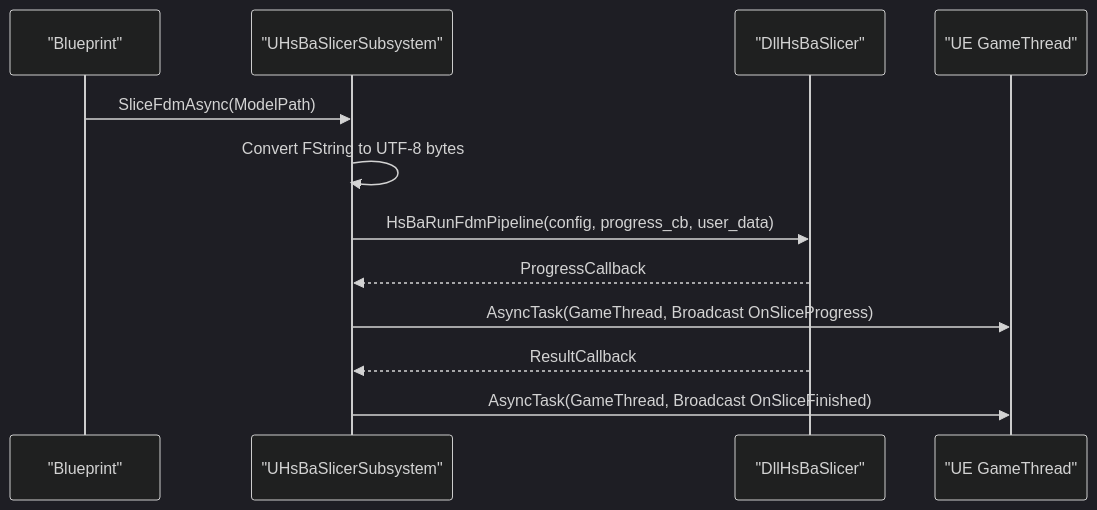
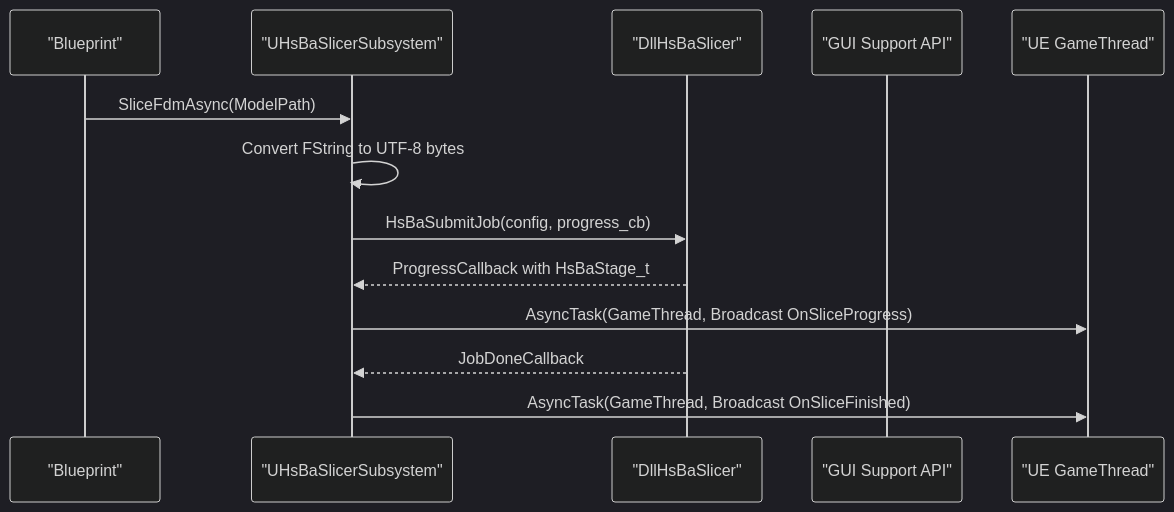
Before and after one commit to hsmbanlance/HsBaSlicer: the fourth of 10 diagrams in .qoder/repowiki/en/content/Integration Guide/Integration Guide.md, drawn with Mermaid (dark theme). The commit also changed other lines of this file and 101 other files, not shown here.

````diff
--- a/.qoder/repowiki/en/content/Integration Guide/Integration Guide.md
+++ b/.qoder/repowiki/en/content/Integration Guide/Integration Guide.md
@@ -170,14 +336,15 @@
 ```mermaid
 sequenceDiagram
 participant BP as "Blueprint"
 participant Subsystem as "UHsBaSlicerSubsystem"
 participant Native as "DllHsBaSlicer"
+participant GUIAPI as "GUI Support API"
 participant GameThread as "UE GameThread"
 BP->>Subsystem : SliceFdmAsync(ModelPath)
 Subsystem->>Subsystem : Convert FString to UTF-8 bytes
-Subsystem->>Native : HsBaRunFdmPipeline(config, progress_cb, user_data)
-Native-->>Subsystem : ProgressCallback
+Subsystem->>Native : HsBaSubmitJob(config, progress_cb)
+Native-->>Subsystem : ProgressCallback with HsBaStage_t
 Subsystem->>GameThread : AsyncTask(GameThread, Broadcast OnSliceProgress)
-Native-->>Subsystem : ResultCallback
+Native-->>Subsystem : JobDoneCallback
 Subsystem->>GameThread : AsyncTask(GameThread, Broadcast OnSliceFinished)
 ```
````
